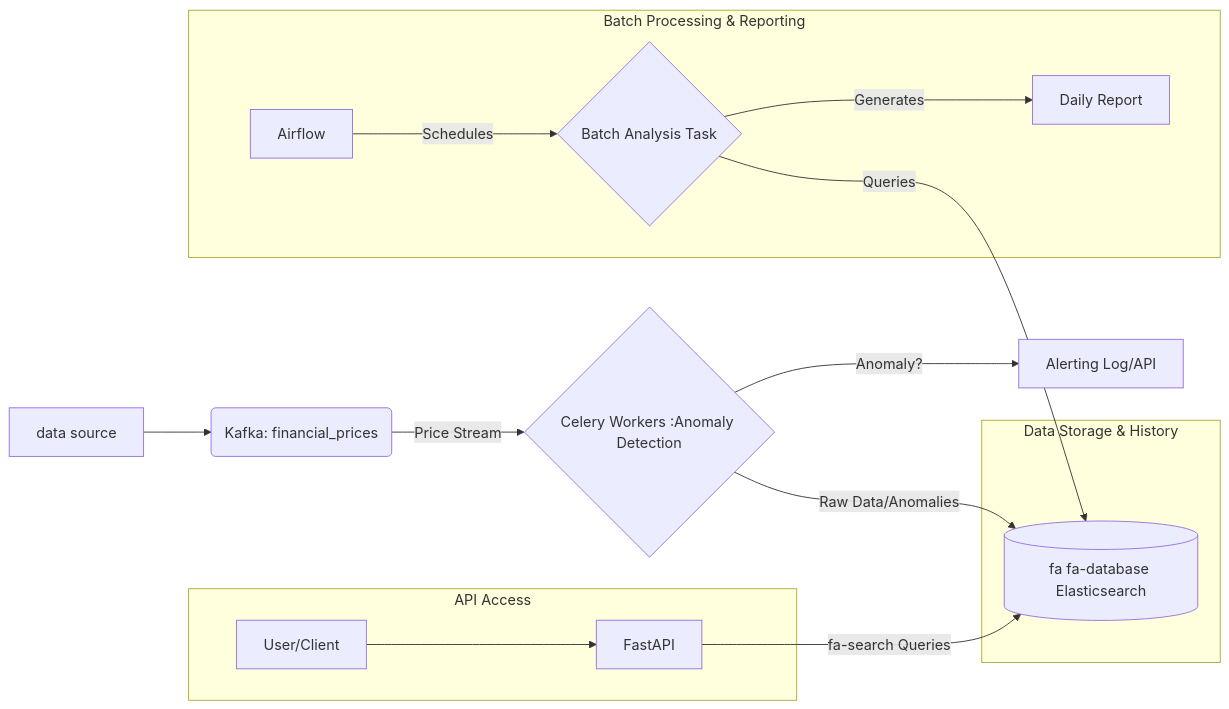
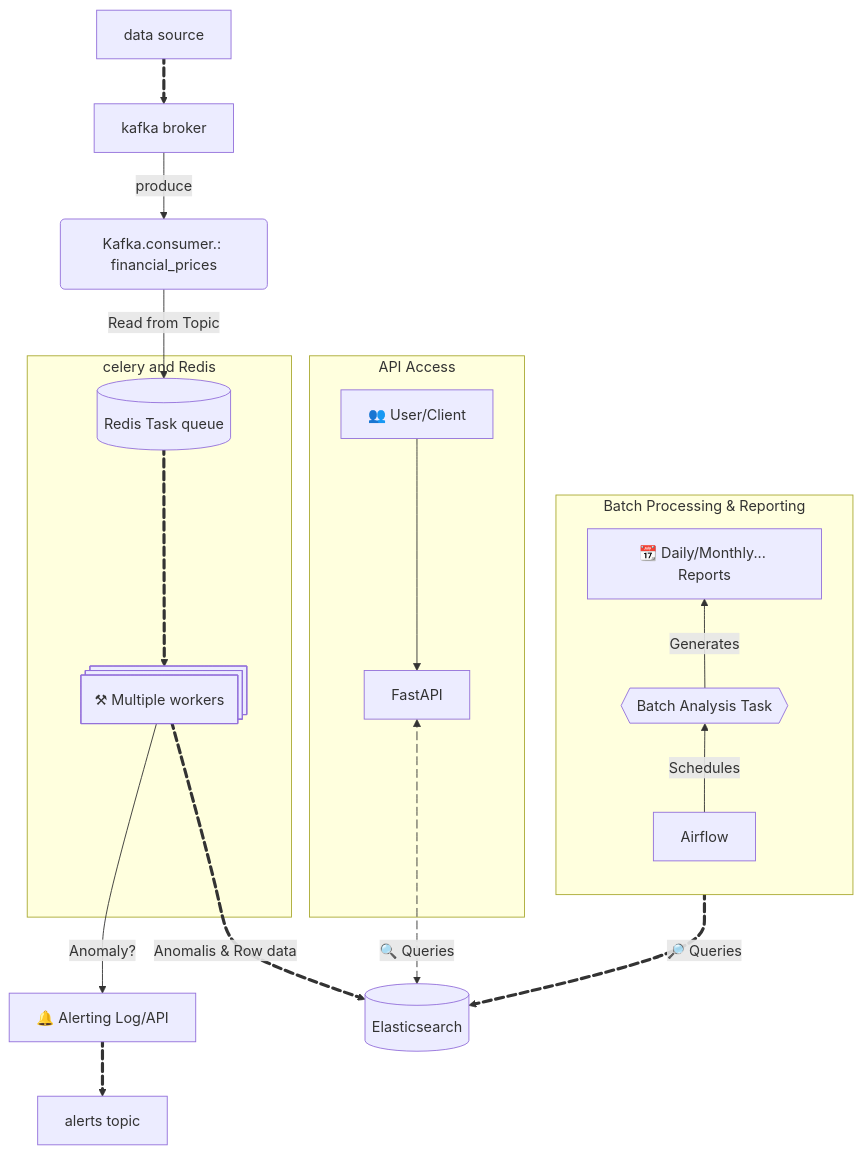
One commit to Jounaidayoub/finance changed the diagram in README.md. Above: the diagram before and after it, drawn with Mermaid. The commit also changed other lines of this file and 1 other file, not shown here.

Commit message:
Added the mermaid diagram

````diff
--- a/README.md
+++ b/README.md
@@ -11,30 +19,62 @@
 ```mermaid
-graph LR
-    A[data source] --> B(Kafka: financial_prices);
-    B -- Price Stream --> C{Celery Workers :Anomaly Detection};
-    C -- Anomaly? --> D[Alerting Log/API];
-    C -- Raw Data/Anomalies --> E[("fa fa-database Elasticsearch")];
-    F[Airflow] -- Schedules --> G{Batch Analysis Task <DAG>};
-    G -- Queries --> E;
-    G -- Generates --> H[Daily Report];
-    I[FastAPI] -- "fa-search Queries" --> E;
-    J[User/Client] --> I;
+flowchart TD
 
-  
+    %% X[asd]
+    %% Y[asd]
+    %% X e1@==> Y
+    A[data source] e3@==>
+    Kafka_broker["kafka broker"]--produce-->B(Kafka.consumer.: financial_prices);
+     
+    %% B -- Price Stream -->C@{ shape: processes, label: "Multiple workers" }
+    B -- Read from Topic -->Redis[("Redis Task queue")];
+    C -- Anomaly? --> D[🔔 Alerting Log/API] 
+    D e2@==> alerts
+    alerts[alerts topic];
+    E[(" Elasticsearch")];
+    C e5@==Anomalis & Row data==> E
+    e5@{ animate: true }
+    e2@{ animate: true }
+
+    
+    F[Airflow] -- Schedules --> G{{Batch Analysis Task <DAG>}};
+    G e7@ == 🔎 Queries ==> E;
+    e7@{ animate: true }
+    G -- Generates --> H[📆 Daily/Monthly... Reports];
+    I[FastAPI] e6@<-- " 🔍 Queries" --> E;
+    e6@{ animate: true }    
+    J[👥 User/Client] --> I;
+    e3@{ animate: true }
+
+
+    
 
     %% subgraph Real-time Processing
     %%     B; C; D;
     %% end
+    subgraph celery and Redis
+        %% direction TB
 
-    subgraph Data Storage & History
-        E;
+        C@{ shape: processes, label: " ⚒ Multiple workers" }
+        Redis[("Redis Task queue")];
+        Redis e4@==> C
+        e4@{ animate: true }
+        %% Redis-->C;
+        %% C-->Redis
+
+        
+        C
     end
 
+    %% subgraph Data Storage & History
+    %%     E;
+    %% end
+
     subgraph Batch Processing & Reporting
+        direction BT
         F; G; H;
     end
 
     subgraph API Access
         I; J;
     end
 ```
````
